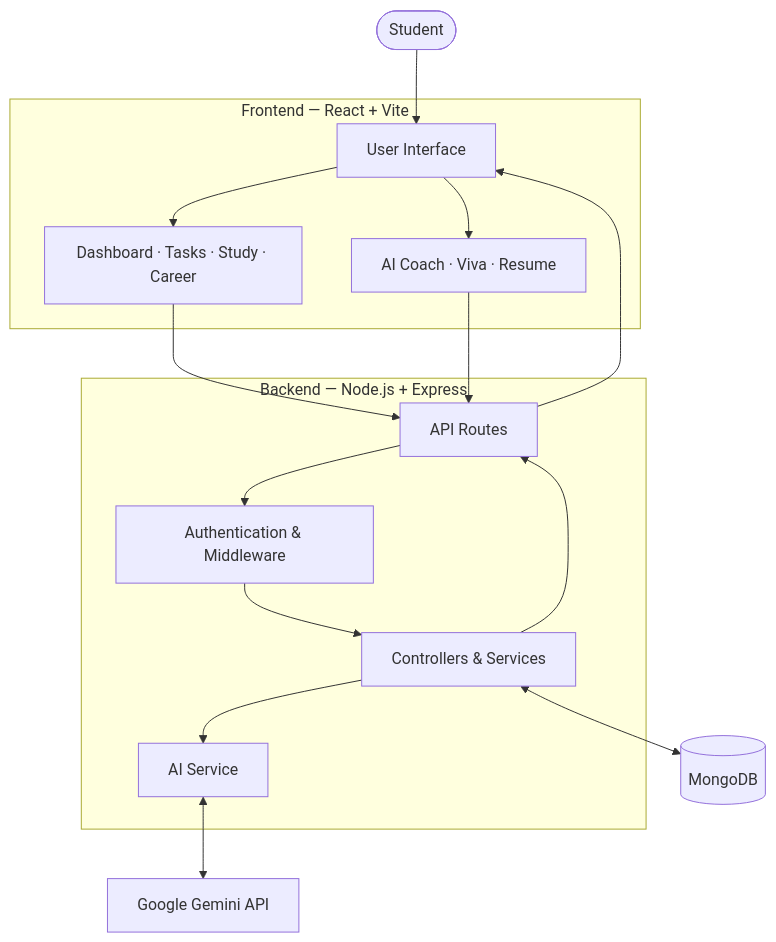
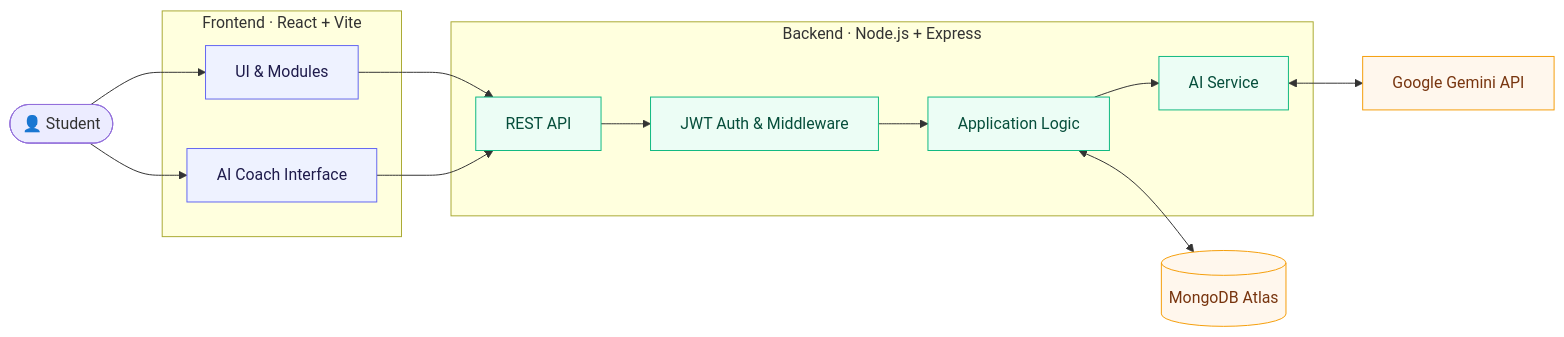
The second of 5 diagrams in README.md (CodeX-Anurag/NEXORA-), drawn with Mermaid before and after one commit. The commit also changed other lines of this file, not shown here.

````diff
--- a/README.md
+++ b/README.md
@@ -59,32 +101,35 @@
 ```mermaid
-flowchart TB
-    U(["Student"])
+flowchart LR
+    User(["👤 Student"])
 
-    subgraph FE["Frontend — React + Vite"]
-        UI["User Interface"]
-        MOD["Dashboard · Tasks · Study · Career"]
-        AIF["AI Coach · Viva · Resume"]
-        UI --> MOD
-        UI --> AIF
+    subgraph FE["Frontend · React + Vite"]
+        UI["UI & Modules"]
+        AIUI["AI Coach Interface"]
     end
 
-    subgraph BE["Backend — Node.js + Express"]
-        API["API Routes"]
-        AUTH["Authentication & Middleware"]
-        LOGIC["Controllers & Services"]
-        AI["AI Service"]
-        API --> AUTH --> LOGIC
-        LOGIC --> AI
+    subgraph BE["Backend · Node.js + Express"]
+        API["REST API"]
+        Auth["JWT Auth & Middleware"]
+        Logic["Application Logic"]
+        AIS["AI Service"]
     end
 
-    DB[("MongoDB")]
-    GEM["Google Gemini API"]
+    DB[("MongoDB Atlas")]
+    Gemini["Google Gemini API"]
 
-    U --> UI
-    MOD --> API
-    AIF --> API
-    LOGIC <--> DB
-    AI <--> GEM
-    LOGIC --> API
-    API --> UI
+    User --> UI
+    User --> AIUI
+    UI --> API
+    AIUI --> API
+    API --> Auth --> Logic
+    Logic <--> DB
+    Logic --> AIS
+    AIS <--> Gemini
+
+    classDef fe fill:#eef2ff,stroke:#6366f1,color:#1e1b4b
+    classDef be fill:#ecfdf5,stroke:#10b981,color:#064e3b
+    classDef ext fill:#fff7ed,stroke:#f59e0b,color:#78350f
+    class UI,AIUI fe
+    class API,Auth,Logic,AIS be
+    class DB,Gemini ext
 ```
````
